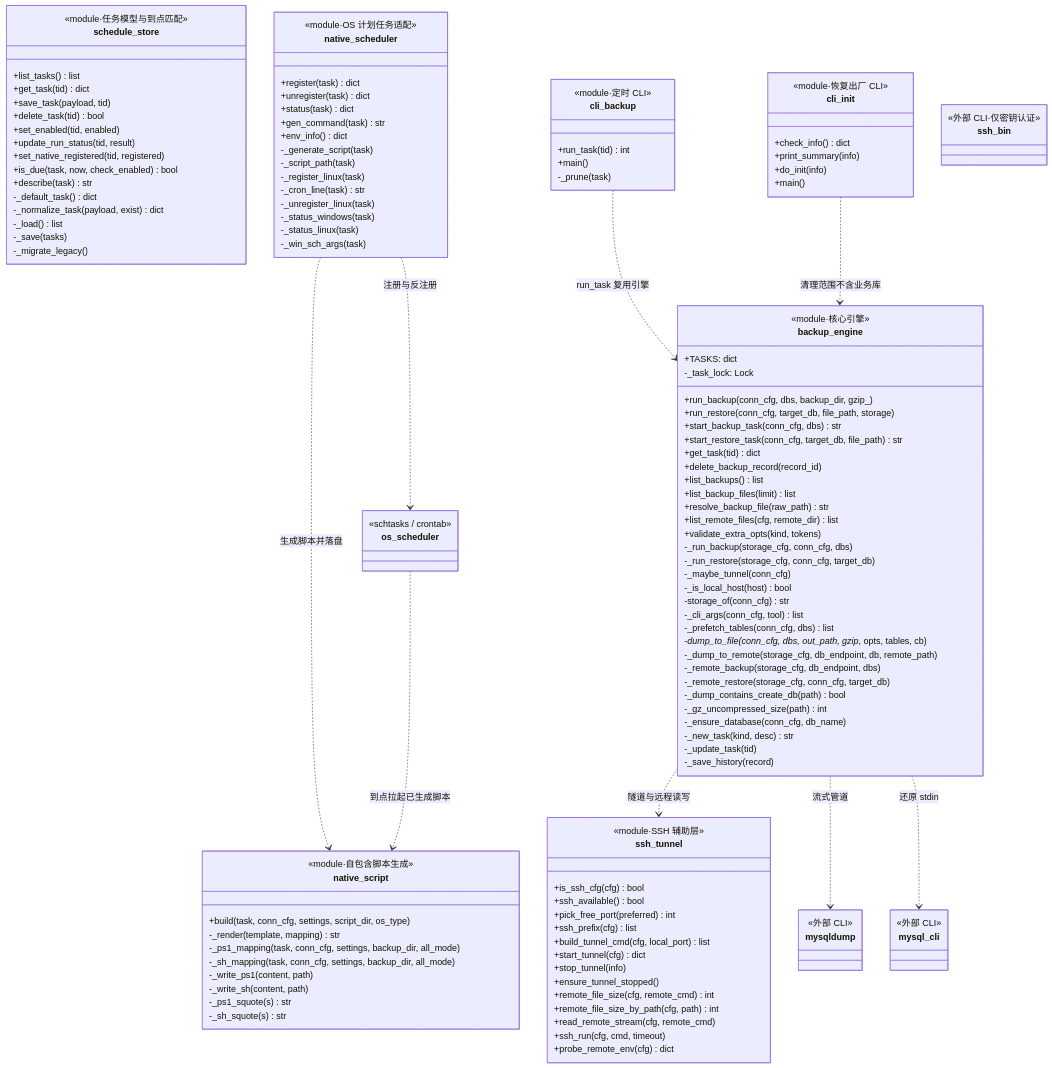
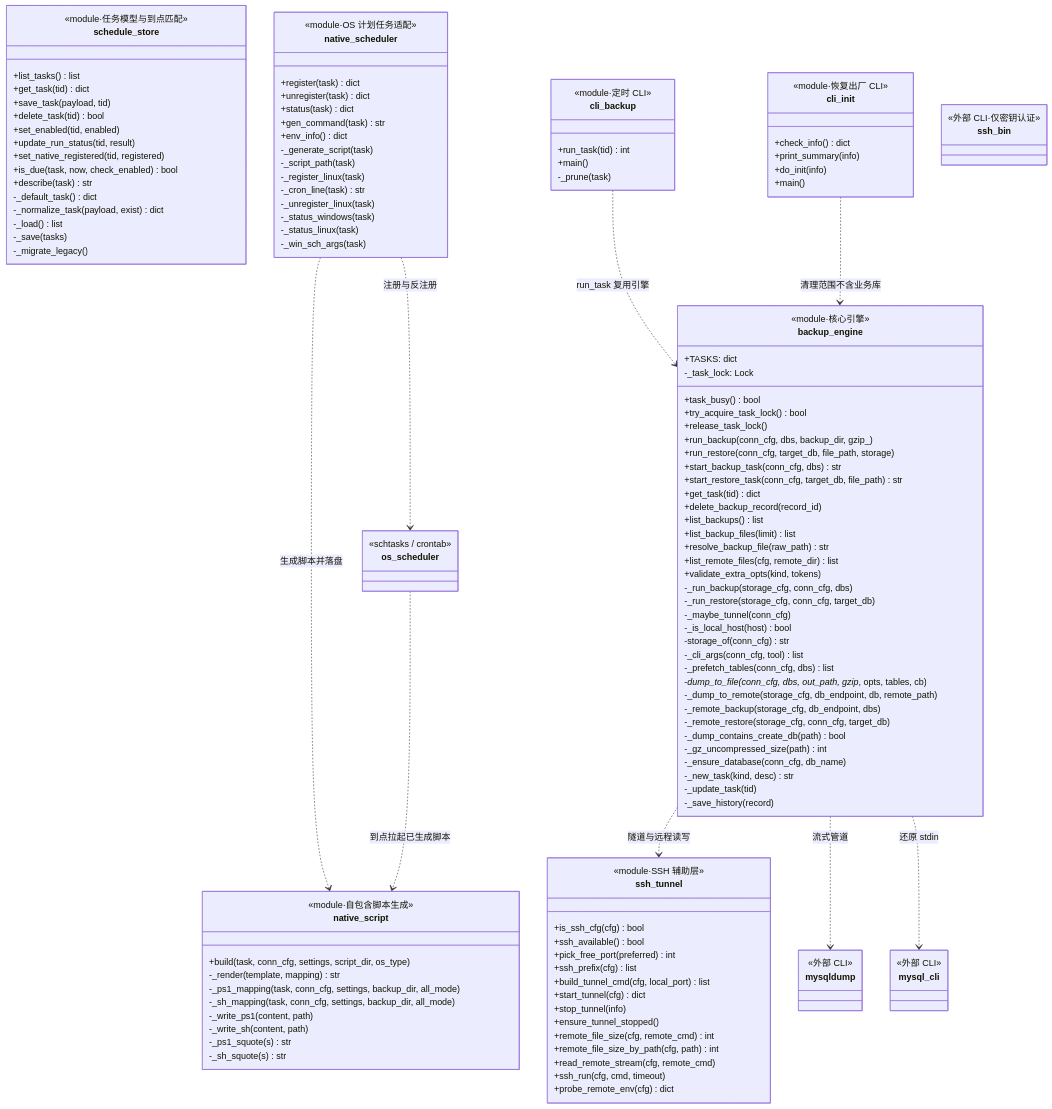
Before and after one commit to zetsubouk/mysql-console: the fourth of 5 diagrams in docs/wiki/09-class-and-component-diagrams.md, drawn with Mermaid. The commit also changed other lines of this file and 13 other files, not shown here.

```diff
--- a/docs/wiki/09-class-and-component-diagrams.md
+++ b/docs/wiki/09-class-and-component-diagrams.md
@@ -388,7 +388,10 @@
         <<module·核心引擎>>
         +TASKS: dict
         -_task_lock: Lock
-        +run_backup(conn_cfg, dbs, backup_dir, gzip_) 
+        +task_busy() bool
+        +try_acquire_task_lock() bool
+        +release_task_lock()
+        +run_backup(conn_cfg, dbs, backup_dir, gzip_)
         +run_restore(conn_cfg, target_db, file_path, storage)
         +start_backup_task(conn_cfg, dbs) str
         +start_restore_task(conn_cfg, target_db, file_path) str
```
